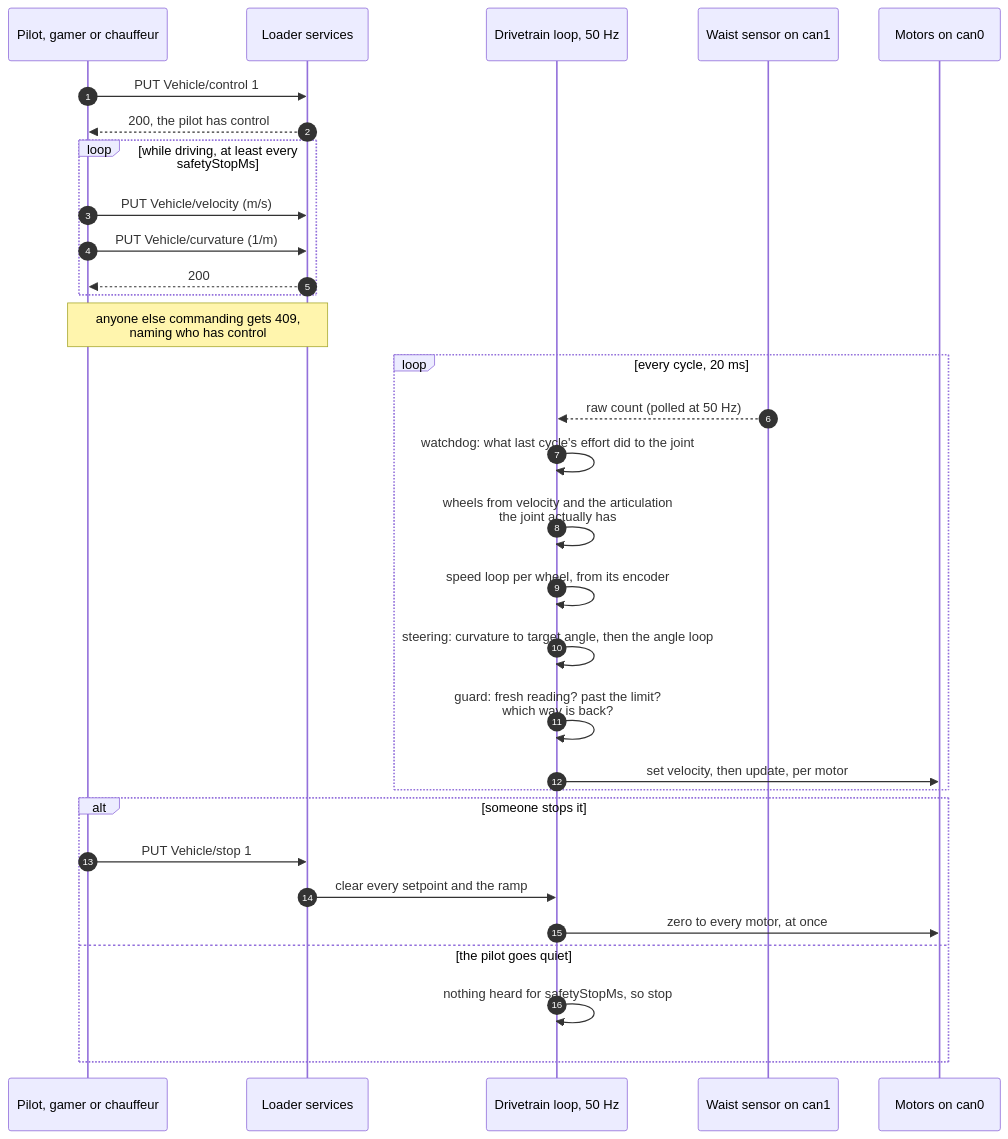
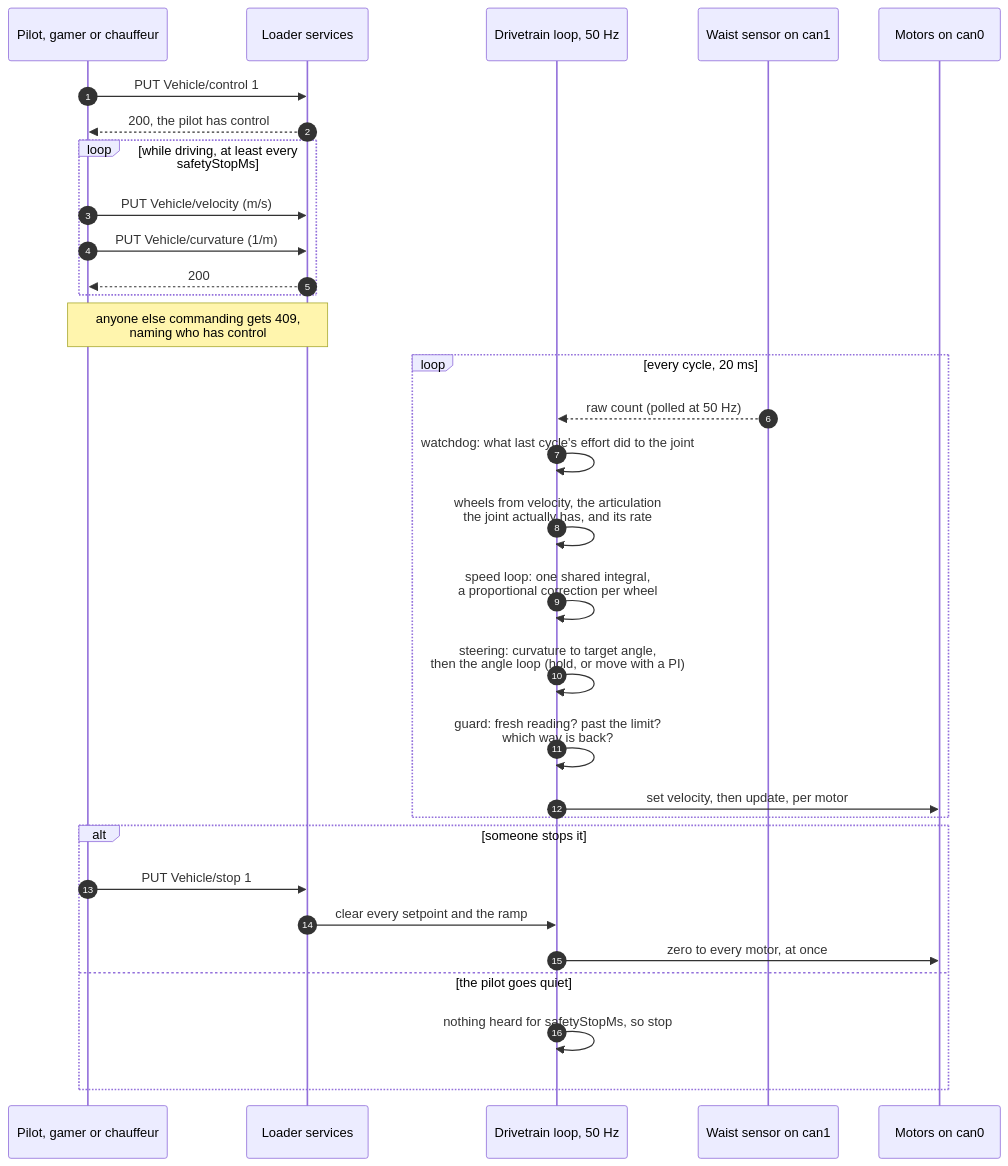
Before and after one commit to gabaxh/systems: the diagram in loader/README.md, drawn with Mermaid. The commit also changed other lines of this file and 9 other files, not shown here.

````diff
--- a/loader/README.md
+++ b/loader/README.md
@@ -66,37 +66,37 @@
 ```mermaid
 sequenceDiagram
     autonumber
     participant P as Pilot, gamer or chauffeur
     participant L as Loader services
     participant D as Drivetrain loop, 50 Hz
     participant W as Waist sensor on can1
     participant M as Motors on can0
 
     P->>L: PUT Vehicle/control 1
     L-->>P: 200, the pilot has control
 
     loop while driving, at least every safetyStopMs
         P->>L: PUT Vehicle/velocity (m/s)
         P->>L: PUT Vehicle/curvature (1/m)
         L-->>P: 200
     end
     Note over P,L: anyone else commanding gets 409,<br/>naming who has control
 
     loop every cycle, 20 ms
         W-->>D: raw count (polled at 50 Hz)
         D->>D: watchdog: what last cycle's effort did to the joint
-        D->>D: wheels from velocity and the articulation<br/>the joint actually has
-        D->>D: speed loop per wheel, from its encoder
-        D->>D: steering: curvature to target angle, then the angle loop
+        D->>D: wheels from velocity, the articulation<br/>the joint actually has, and its rate
+        D->>D: speed loop: one shared integral,<br/>a proportional correction per wheel
+        D->>D: steering: curvature to target angle,<br/>then the angle loop (hold, or move with a PI)
         D->>D: guard: fresh reading? past the limit?<br/>which way is back?
         D->>M: set velocity, then update, per motor
     end
 
     alt someone stops it
         P->>L: PUT Vehicle/stop 1
         L->>D: clear every setpoint and the ramp
         D->>M: zero to every motor, at once
     else the pilot goes quiet
         D->>D: nothing heard for safetyStopMs, so stop
     end
 ```
````
